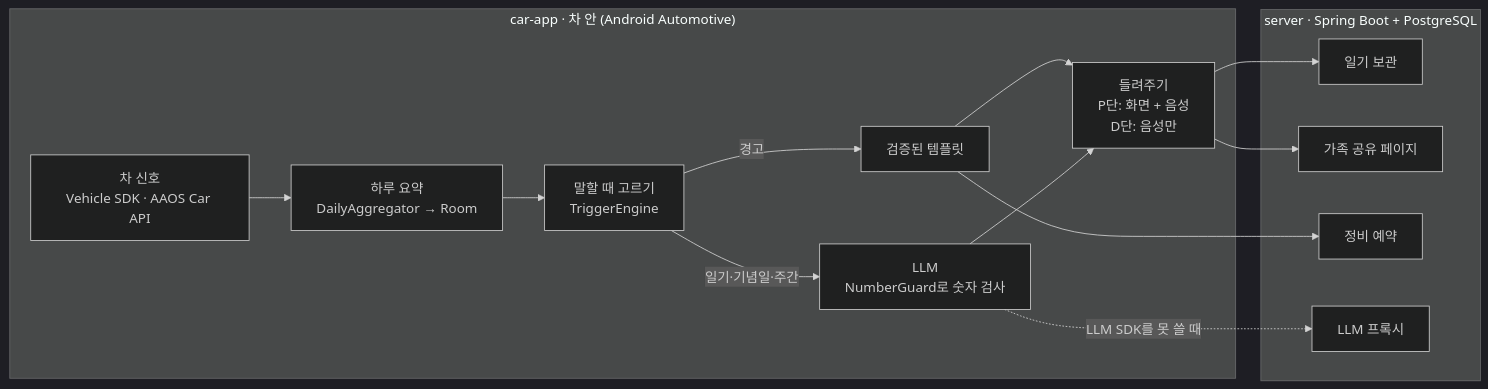
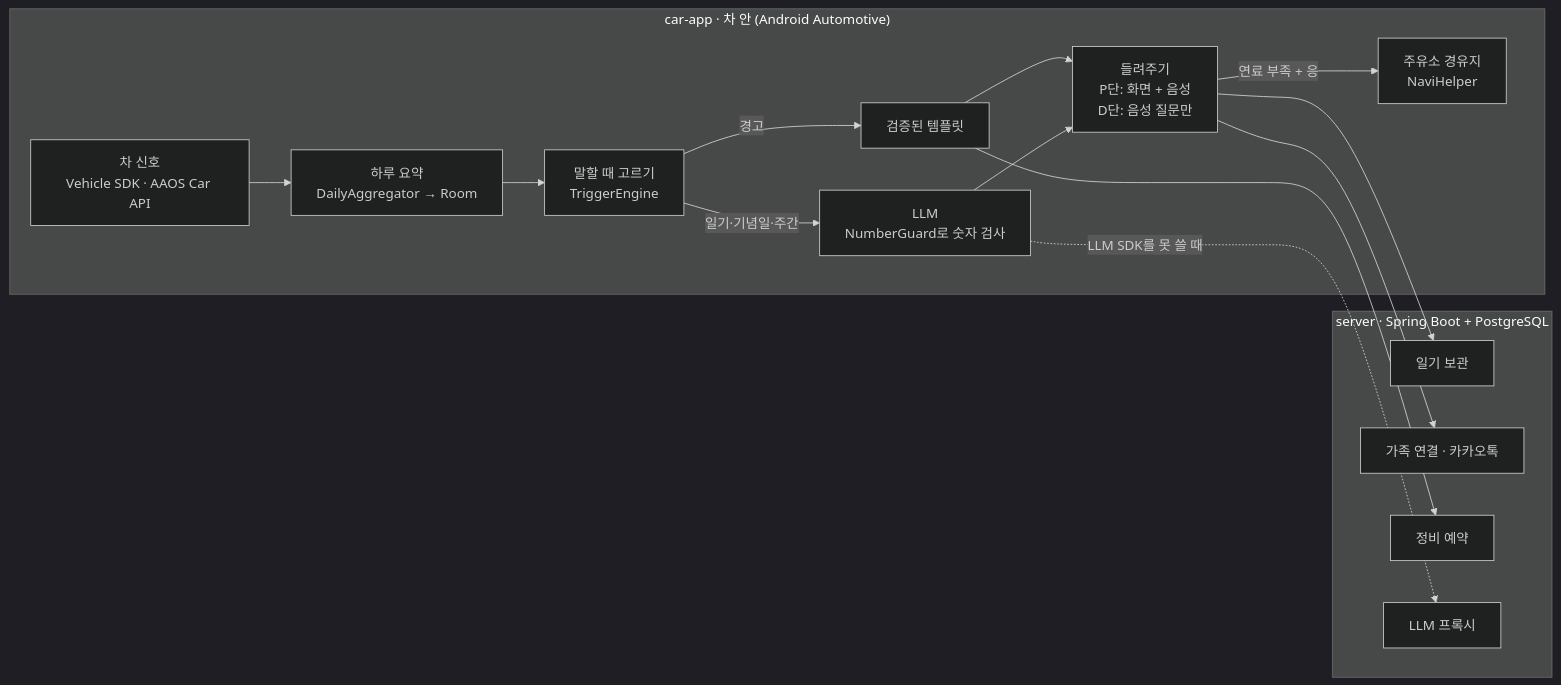
One commit to Dohuni01/bungbung-diary changed the second of 2 diagrams in README.md. Above: the diagram before and after it, drawn with Mermaid (dark theme). The commit also changed other lines of this file and 5 other files, not shown here.

````diff
--- a/README.md
+++ b/README.md
@@ -30,21 +56,22 @@
 ```mermaid
 flowchart LR
   subgraph CAR["car-app · 차 안 (Android Automotive)"]
     V["차 신호<br/>Vehicle SDK · AAOS Car API"] --> A["하루 요약<br/>DailyAggregator → Room"]
     A --> T["말할 때 고르기<br/>TriggerEngine"]
     T -->|경고| TP["검증된 템플릿"]
     T -->|일기·기념일·주간| L["LLM<br/>NumberGuard로 숫자 검사"]
-    TP --> S["들려주기<br/>P단: 화면 + 음성<br/>D단: 음성만"]
+    TP --> S["들려주기<br/>P단: 화면 + 음성<br/>D단: 음성 질문만"]
     L --> S
+    S -->|연료 부족 + 응| W["주유소 경유지<br/>NaviHelper"]
   end
   subgraph SRV["server · Spring Boot + PostgreSQL"]
     D["일기 보관"]
-    F["가족 공유 페이지"]
+    F["가족 연결 · 카카오톡"]
     B["정비 예약"]
     N["LLM 프록시"]
   end
   S --> D
   S --> F
   TP --> B
   L -. "LLM SDK를 못 쓸 때" .-> N
 ```
````
